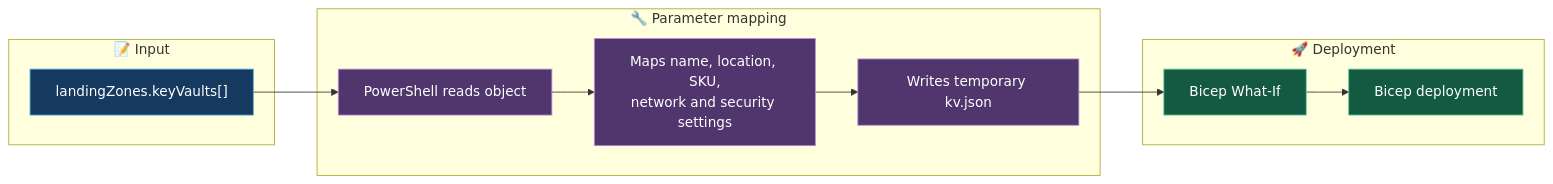
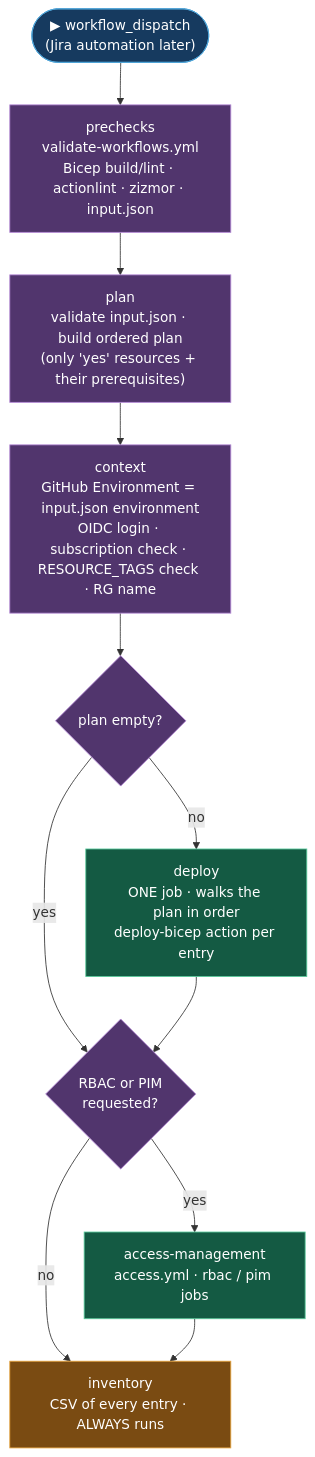
Before and after one commit to PROMETHEUS-N/pike-infra-eaas-new: the third of 7 diagrams in README.md, drawn with Mermaid. The commit also changed other lines of this file and 17 other files, not shown here.

````diff
--- a/README.md
+++ b/README.md
@@ -182,23 +329,22 @@
 ```mermaid
-flowchart LR
-    subgraph INPUT["📝 Input"]
-      A["landingZones.keyVaults[]"]
-    end
-    subgraph MAP["🔧 Parameter mapping"]
-      B["PowerShell reads object"]
-      C["Maps name, location, SKU,<br/>network and security settings"]
-      D["Writes temporary kv.json"]
-    end
-    subgraph EXEC["🚀 Deployment"]
-      E["Bicep What-If"]
-      F["Bicep deployment"]
-    end
-    A --> B --> C --> D --> E --> F
+flowchart TD
+    A(["▶ workflow_dispatch<br/>(Jira automation later)"]) --> B["prechecks<br/>validate-workflows.yml<br/>Bicep build/lint · actionlint · zizmor · input.json"]
+    B --> C["plan<br/>validate input.json · build ordered plan<br/>(only 'yes' resources + their prerequisites)"]
+    C --> D["context<br/>GitHub Environment = input.json environment<br/>OIDC login · subscription check · RESOURCE_TAGS check · RG name"]
+    D --> E{"plan empty?"}
+    E -- "no" --> F["deploy<br/>ONE job · walks the plan in order<br/>deploy-bicep action per entry"]
+    E -- "yes" --> G
+    F --> G{"RBAC or PIM<br/>requested?"}
+    G -- "yes" --> H["access-management<br/>access.yml · rbac / pim jobs"]
+    G -- "no" --> I
+    H --> I["inventory<br/>CSV of every entry · ALWAYS runs"]
 
-    classDef input fill:#163A5F,stroke:#4EA5D9,color:#fff
-    classDef mapping fill:#51356D,stroke:#B58AD6,color:#fff
-    classDef execution fill:#145A43,stroke:#58C99A,color:#fff
-    class A input
-    class B,C,D mapping
-    class E,F execution
+    classDef start fill:#163A5F,stroke:#4EA5D9,color:#fff
+    classDef validation fill:#51356D,stroke:#B58AD6,color:#fff
+    classDef deploy fill:#145A43,stroke:#58C99A,color:#fff
+    classDef report fill:#7A4B12,stroke:#E6A23C,color:#fff
+    class A start
+    class B,C,D,E,G validation
+    class F,H deploy
+    class I report
 ```
````
